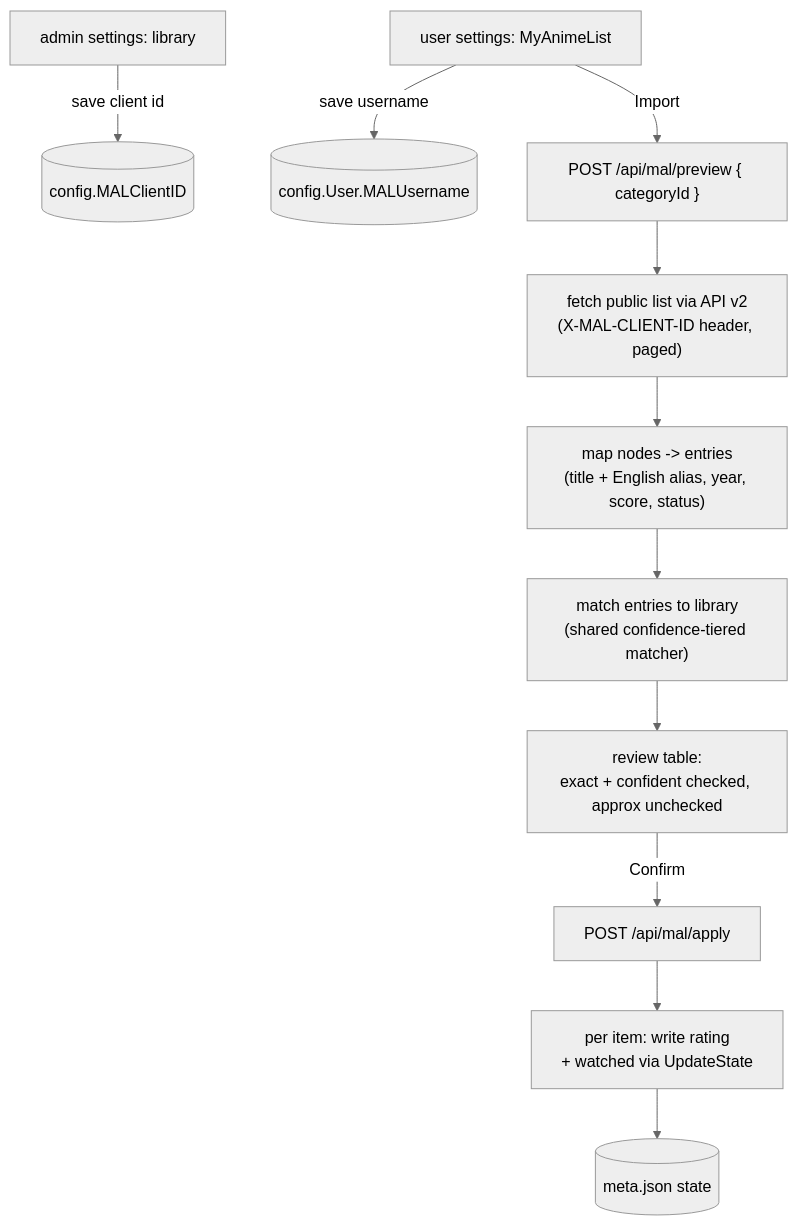
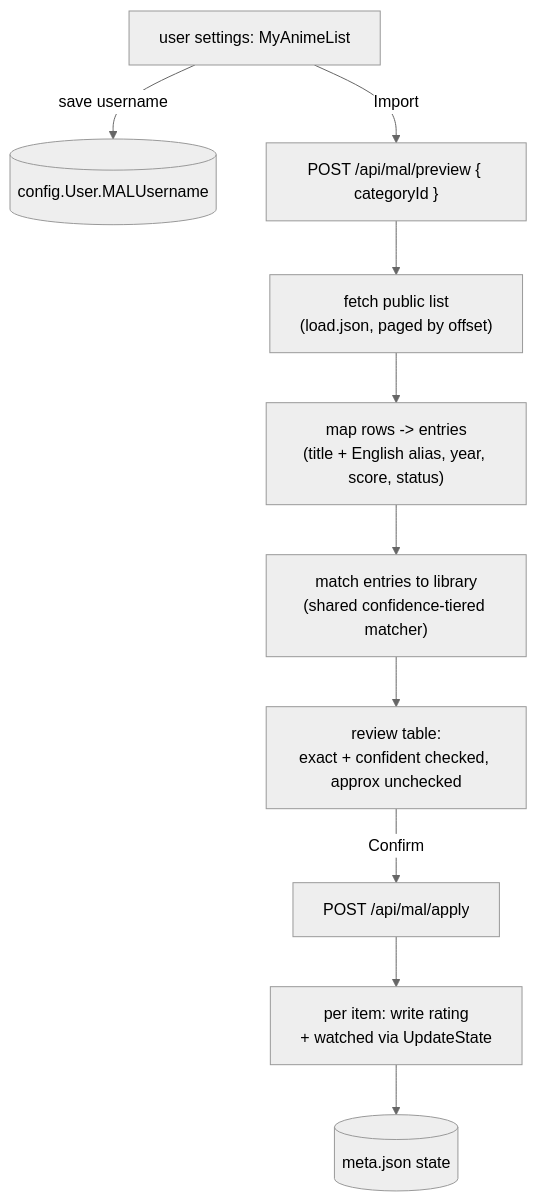
The diagram in docs/mal.md (xuedi/FileFin), drawn with Mermaid (neutral theme) before and after one commit. The commit also changed other lines of this file and 16 other files, not shown here.

Commit message:
removed MAL api approach

````diff
--- a/docs/mal.md
+++ b/docs/mal.md
@@ -23,13 +28,12 @@
 ```mermaid
 flowchart TD
-    A["admin settings: library"] -->|save client id| K[(config.MALClientID)]
     U["user settings: MyAnimeList"] -->|save username| P[(config.User.MALUsername)]
     U -->|Import| PV["POST /api/mal/preview { categoryId }"]
-    PV --> F["fetch public list via API v2<br/>(X-MAL-CLIENT-ID header, paged)"]
-    F --> MAP["map nodes -> entries<br/>(title + English alias, year, score, status)"]
+    PV --> F["fetch public list<br/>(load.json, paged by offset)"]
+    F --> MAP["map rows -> entries<br/>(title + English alias, year, score, status)"]
     MAP --> M["match entries to library<br/>(shared confidence-tiered matcher)"]
     M --> R["review table:<br/>exact + confident checked, approx unchecked"]
     R -->|Confirm| AP["POST /api/mal/apply"]
     AP --> W["per item: write rating<br/>+ watched via UpdateState"]
     W --> MJ[(meta.json state)]
 ```
````
